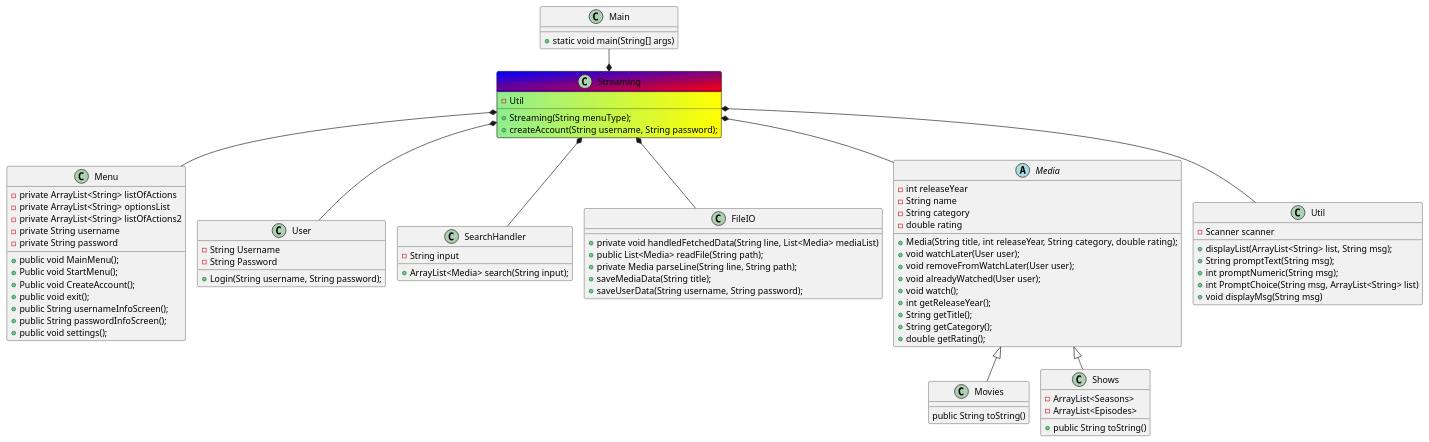
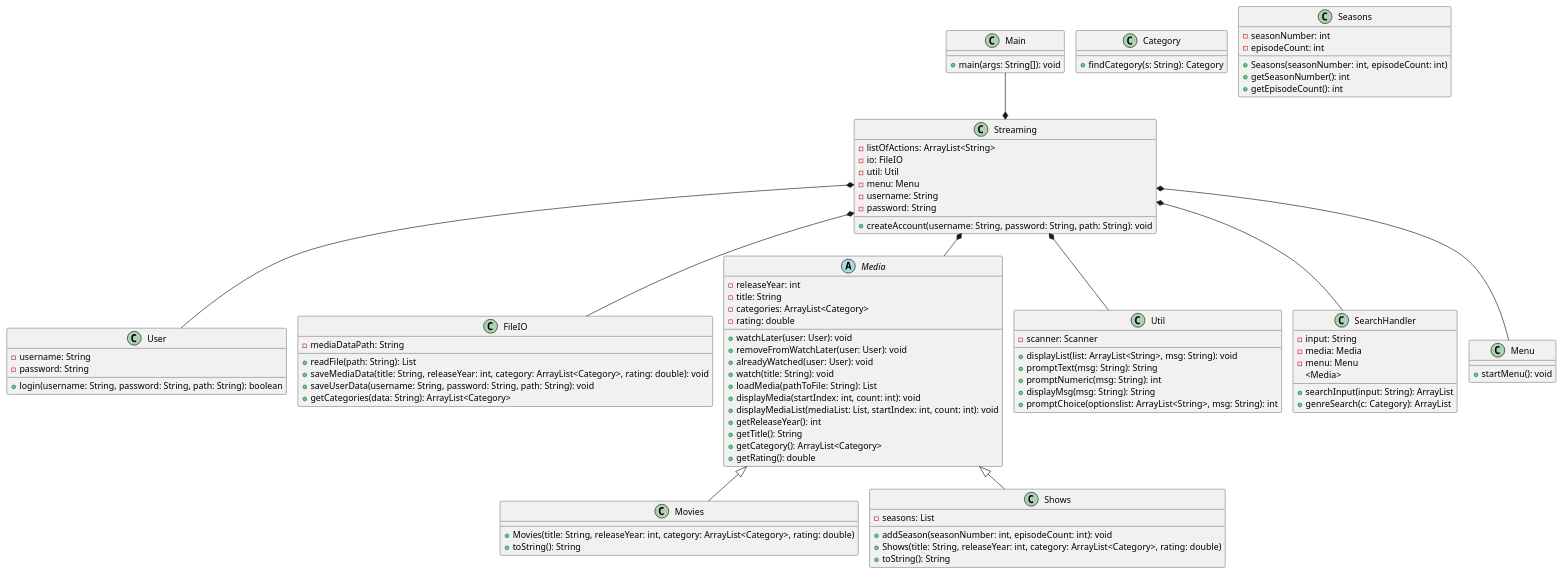
The diagram in Docs/ClassDiagram.puml (ValdemarLarsen02/SP3GruppeD), drawn with PlantUML before and after one commit.

```diff
--- a/Docs/ClassDiagram.puml
+++ b/Docs/ClassDiagram.puml
@@ -1,98 +1,109 @@
 @startuml
 !pragma layout smetana
 
-Class Main{
-+static void main(String[] args)
+class User {
+    - username: String
+    - password: String
+    + login(username: String, password: String, path: String): boolean
 }
 
-Class Menu{
- - private ArrayList<String> listOfActions
- - private ArrayList<String> optionsList
- - private ArrayList<String> listOfActions2
- - private String username
- - private String password
- + public void MainMenu();
- + Public void StartMenu();
- + Public void CreateAccount();
- + public void exit();
- + public String usernameInfoScreen();
- + public String passwordInfoScreen();
- + public void settings();
+class FileIO {
+    - mediaDataPath: String
+    + readFile(path: String): List
+    + saveMediaData(title: String, releaseYear: int, category: ArrayList<Category>, rating: double): void
+    + saveUserData(username: String, password: String, path: String): void
+    + getCategories(data: String): ArrayList<Category>
 }
 
-
-
-Class Streaming #back:lightgreen|yellow;header:blue/red {
-    -Util
-    + Streaming(String menuType);
-    + createAccount(String username, String password);
+abstract class Media {
+    - releaseYear: int
+    - title: String
+    - categories: ArrayList<Category>
+    - rating: double
+    + watchLater(user: User): void
+    + removeFromWatchLater(user: User): void
+    + alreadyWatched(user: User): void
+    + watch(title: String): void
+    + loadMedia(pathToFile: String): List
+    + displayMedia(startIndex: int, count: int): void
+    + displayMediaList(mediaList: List, startIndex: int, count: int): void
+    + getReleaseYear(): int
+    + getTitle(): String
+    + getCategory(): ArrayList<Category>
+    + getRating(): double
 }
 
-Class User{
-- String Username
-- String Password
-+ Login(String username, String password);
+class Movies {
+    + Movies(title: String, releaseYear: int, category: ArrayList<Category>, rating: double)
+    + toString(): String
 }
 
-Class SearchHandler {
-- String input
-+ ArrayList<Media> search(String input);
-
+class Shows {
+    - seasons: List
+    + addSeason(seasonNumber: int, episodeCount: int): void
+    + Shows(title: String, releaseYear: int, category: ArrayList<Category>, rating: double)
+    + toString(): String
 }
 
-Class FileIO{
-+ private void handledFetchedData(String line, List<Media> mediaList)
-+ public List<Media> readFile(String path);
-+ private Media parseLine(String line, String path);
-+ saveMediaData(String title);
-+ saveUserData(String username, String password);
+class Category {
+
+    + findCategory(s: String): Category
 }
 
-Abstract Media{
-- int releaseYear
-- String name
-- String category
-- double rating
-+ Media(String title, int releaseYear, String category, double rating);
-+ void watchLater(User user);
-+ void removeFromWatchLater(User user);
-+ void alreadyWatched(User user);
-+ void watch();
-+ int getReleaseYear();
-+ String getTitle();
-+ String getCategory();
-+ double getRating();
+class Util {
+    - scanner: Scanner
+    + displayList(list: ArrayList<String>, msg: String): void
+    + promptText(msg: String): String
+    + promptNumeric(msg: String): int
+    + displayMsg(msg: String): String
+    + promptChoice(optionslist: ArrayList<String>, msg: String): int
 }
 
-Class Util{
-- Scanner scanner
-+ displayList(ArrayList<String> list, String msg);
-+ String promptText(String msg);
-+ int promptNumeric(String msg);
-+ int PromptChoice(String msg, ArrayList<String> list)
-+ void displayMsg(String msg)
+class SearchHandler {
+    - input: String
+    - media: Media
+    - menu: Menu
+    + searchInput(input: String): ArrayList
+    <Media>
+    + genreSearch(c: Category): ArrayList
 }
 
-Class Movies{
-public String toString()
+class Streaming {
+    - listOfActions: ArrayList<String>
+    - io: FileIO
+    - util: Util
+    - menu: Menu
+    - username: String
+    - password: String
+    + createAccount(username: String, password: String, path: String): void
 }
 
-Class Shows{
-- ArrayList<Seasons>
-- ArrayList<Episodes>
-+ public String toString()
+class Seasons {
+    - seasonNumber: int
+    - episodeCount: int
+    + Seasons(seasonNumber: int, episodeCount: int)
+    + getSeasonNumber(): int
+    + getEpisodeCount(): int
+}
+
+class Main {
+    + main(args: String[]): void
+}
+
+class Menu {
+    + startMenu(): void
 }
 
 Main --* Streaming
 Streaming *-- User
 Streaming *-- FileIO
 Streaming *-- Menu
 Streaming *-- Media
 Media <|-- Movies
 Media <|-- Shows
 Streaming *-- SearchHandler
 Streaming *-- Util
 
 
 
 @enduml
```
